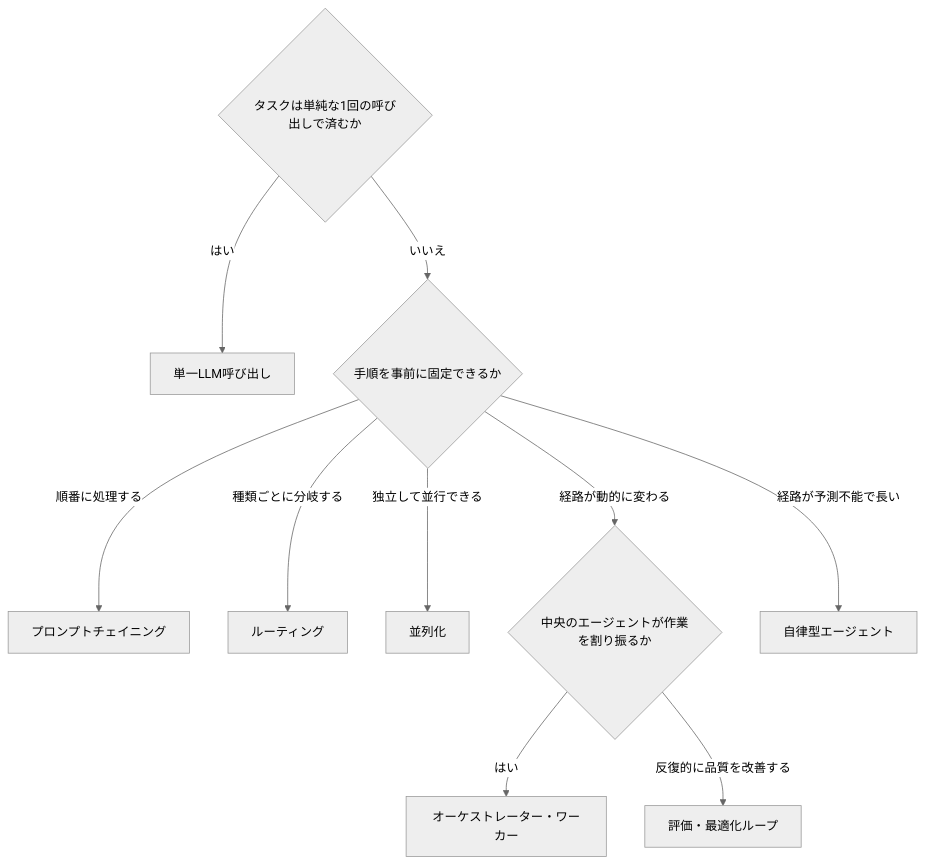
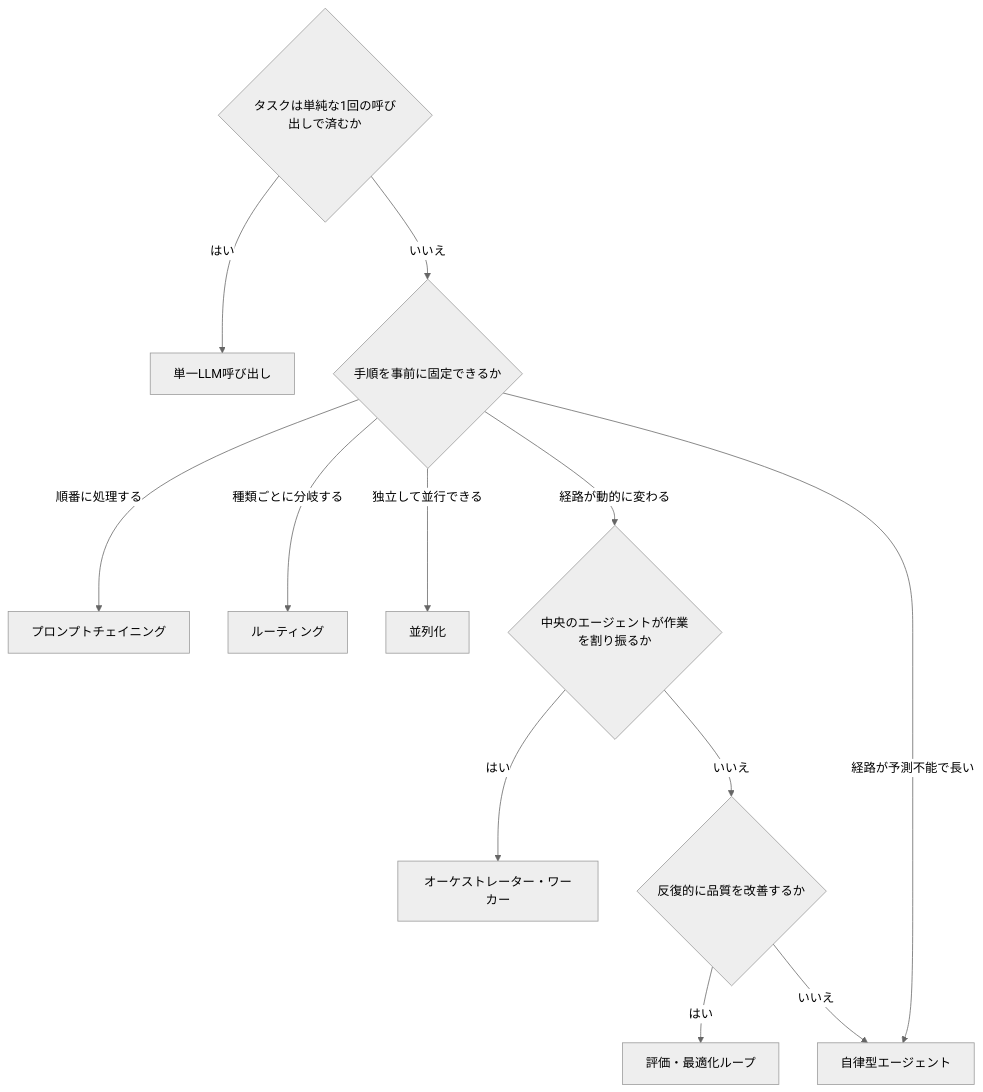
Before and after one commit to myoshi2891/Software-Design-and-Architecture: the third of 14 diagrams in Building-applications-with-ai-agents-guide.md, drawn with Mermaid (neutral theme). The commit also changed other lines of this file and 3 other files, not shown here.

Commit message:
docs(ai): refine code snippets, diagrams, and references across AI guides

````diff
--- a/Building-applications-with-ai-agents-guide.md
+++ b/Building-applications-with-ai-agents-guide.md
@@ -135,12 +135,14 @@
 ```mermaid
 flowchart TB
     Q1{タスクは単純な1回の呼び出しで済むか} -->|はい| S1[単一LLM呼び出し]
     Q1 -->|いいえ| Q2{手順を事前に固定できるか}
     Q2 -->|順番に処理する| P1[プロンプトチェイニング]
     Q2 -->|種類ごとに分岐する| P2[ルーティング]
     Q2 -->|独立して並行できる| P3[並列化]
     Q2 -->|経路が動的に変わる| Q3{中央のエージェントが作業を割り振るか}
     Q3 -->|はい| P4[オーケストレーター・ワーカー]
-    Q3 -->|反復的に品質を改善する| P5[評価・最適化ループ]
-    Q2 -->|経路が予測不能で長い| AG2[自律型エージェント]
+    Q3 -->|いいえ| Q4{反復的に品質を改善するか}
+    Q4 -->|はい| P5[評価・最適化ループ]
+    Q4 -->|いいえ| AG2[自律型エージェント]
+    Q2 -->|経路が予測不能で長い| AG2
 ```
````
